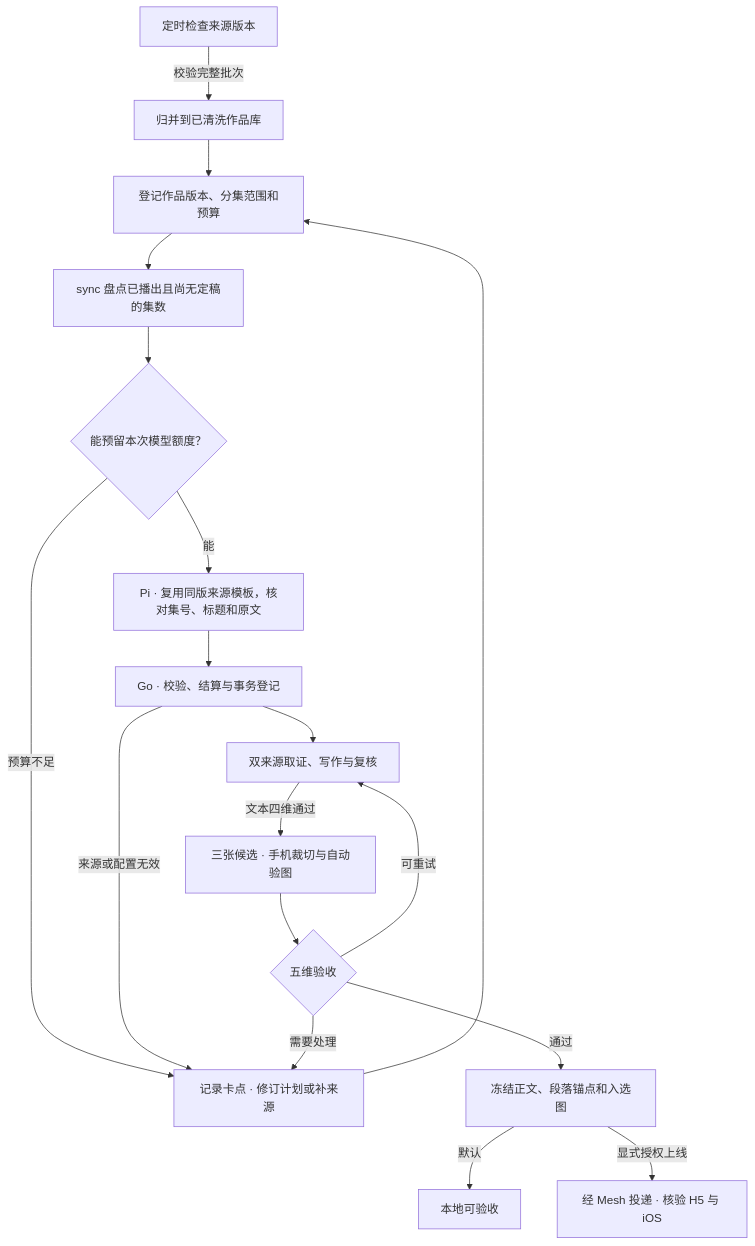
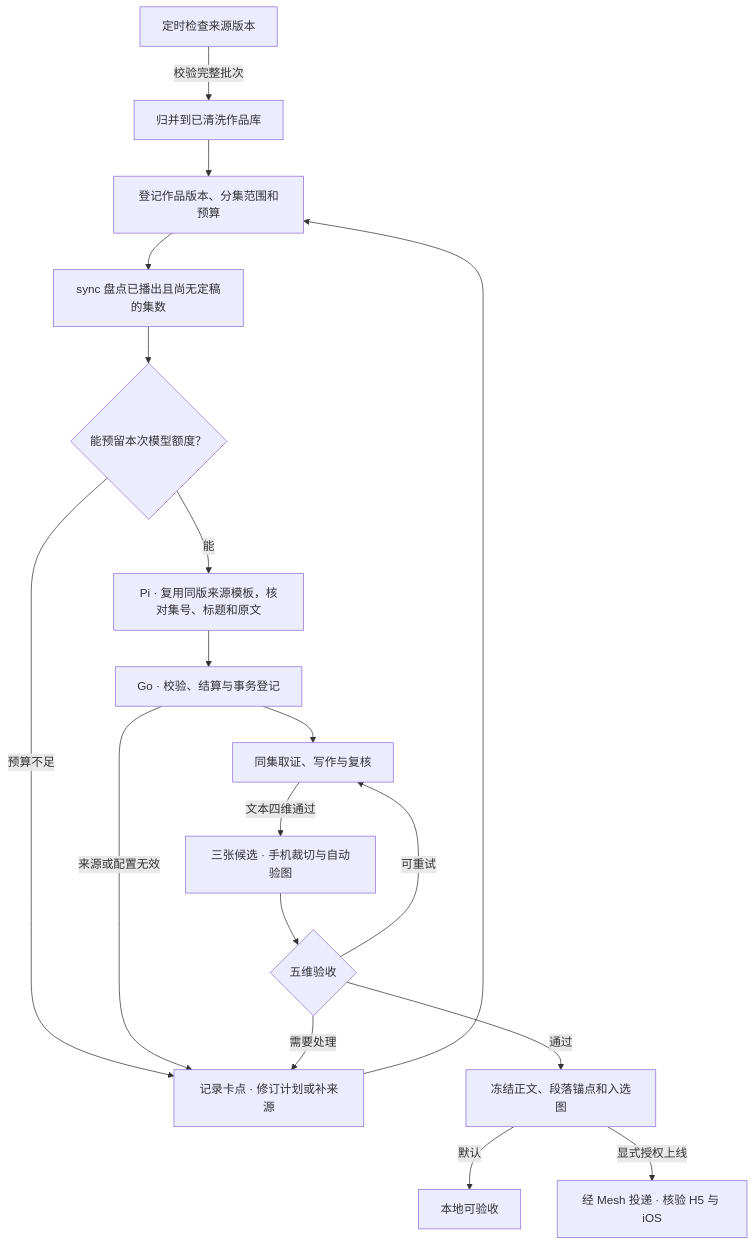
One commit to bluedao10000/player changed the diagram in docs/diagrams/business.mmd. Above: the diagram before and after it, drawn with Mermaid. The commit also changed 6 other files, not shown here.

First line of the commit message:
文档：补充分集来源证据策略图并修正采集流程文案

```diff
--- a/docs/diagrams/business.mmd
+++ b/docs/diagrams/business.mmd
@@ -1,32 +1,32 @@
 flowchart TB
   probe["定时检查来源版本"] -->|校验完整批次| works["归并到已清洗作品库"]
   works --> ask["登记作品版本、分集范围和预算"]
   ask --> gap["sync 盘点已播出且尚无定稿的集数"]
   gap --> budget{"能预留本次模型额度？"}
   budget -->|能| config["Pi · 复用同版来源模板，核对集号、标题和原文"]
   budget -->|预算不足| wait["记录卡点 · 修订计划或补来源"]
   config --> register["Go · 校验、结算与事务登记"]
   register -->|来源或配置无效| wait
   wait --> ask
-  register --> proof["双来源取证、写作与复核"]
+  register --> proof["同集取证、写作与复核"]
   proof -->|文本四维通过| media["三张候选 · 手机裁切与自动验图"]
   media --> gate{"五维验收"}
   gate -->|可重试| proof
   gate -->|需要处理| wait
   gate -->|通过| freeze["冻结正文、段落锚点和入选图"]
   freeze -->|默认| local["本地可验收"]
   freeze -->|显式授权上线| release["经 Mesh 投递 · 核验 H5 与 iOS"]
 %% probe | 按来源间隔检查已登记版本，无变化时跳过下载，失败写入同步记录。 | apps/api/internal/service/knowledge/sync.go
 %% works | 完整批次先暂存再归并，未选题的作品可停在清洗完成。 | apps/api/internal/repository/queries/knowledge/queries.queries
 %% ask | 制作范围可通过配置文件或管理命令登记。 | apps/sync/cmd/knowledge/main.go
 %% gap | 对比盘点快照、计划范围和既有定稿，保留已发布集数。 | apps/api/internal/repository/queries/knowledge/schedule.queries
 %% budget | 模型调用前预留额度，结算后释放余额。额度不足时等待在途结算或暂停。 | apps/sync/internal/service/scheduler/configuration.go
-%% config | 目前支持已登记的同版官方分集合集页与分集指南模板。 | apps/agent/src/episode-configuration-task.ts
-%% register | 验证原文顺序、人物定位与参考图指纹。将分集、来源快照和制作请求原子登记。 | apps/api/internal/service/knowledge/episode_configuration.go
+%% config | 来源模板带模式：双来源（官方 + 独立指南）或单一官方来源。 | apps/agent/src/episode-configuration-task.ts
+%% register | 验证原文顺序、人物定位与参考图指纹；叙事来源按模式取官方或指南。将分集、来源快照和制作请求原子登记。 | apps/api/internal/service/knowledge/episode_configuration.go
 %% wait | 调度保留配置失败、预算暂停与重试记录。 | apps/sync/internal/service/scheduler/configuration.go
-%% proof | 沿可验证原文取证、按顺序写作并复核，复用有效来源快照。 | apps/agent/src/research.ts
+%% proof | 沿可验证原文取证、按顺序写作并复核；双来源与单一官方来源走同一证据策略。 | apps/agent/src/research.ts
 %% media | 用已登记肖像生成候选，记录参考指纹、原图、裁切与验图凭证。 | apps/api/internal/service/knowledge/media.go
 %% gate | 核对人物、剧情、世界观、时间线和图片，失败留有逐项原因。 | apps/api/internal/service/knowledge/episode_plan.go
 %% freeze | 保存本次正文、阅读锚点及入选图内容地址。 | apps/api/internal/service/knowledge/acceptance.go
 %% local | 自动登记的配置默认供本地验收。 | apps/api/internal/repository/queries/knowledge/configuration.queries
 %% release | 正式发布只处理显式授权的单集，并核对公开正文、锚点、场景和图像摘要。 | apps/sync/cmd/reader-release/send.go
```
